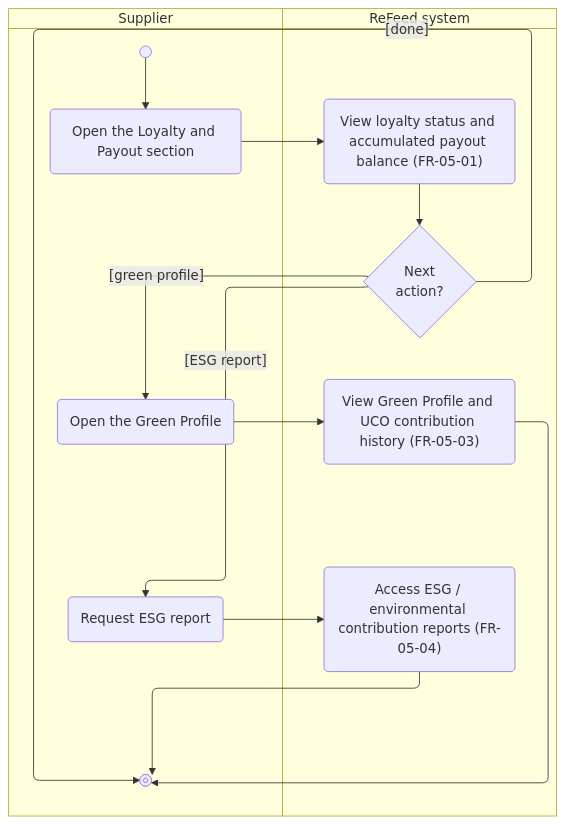
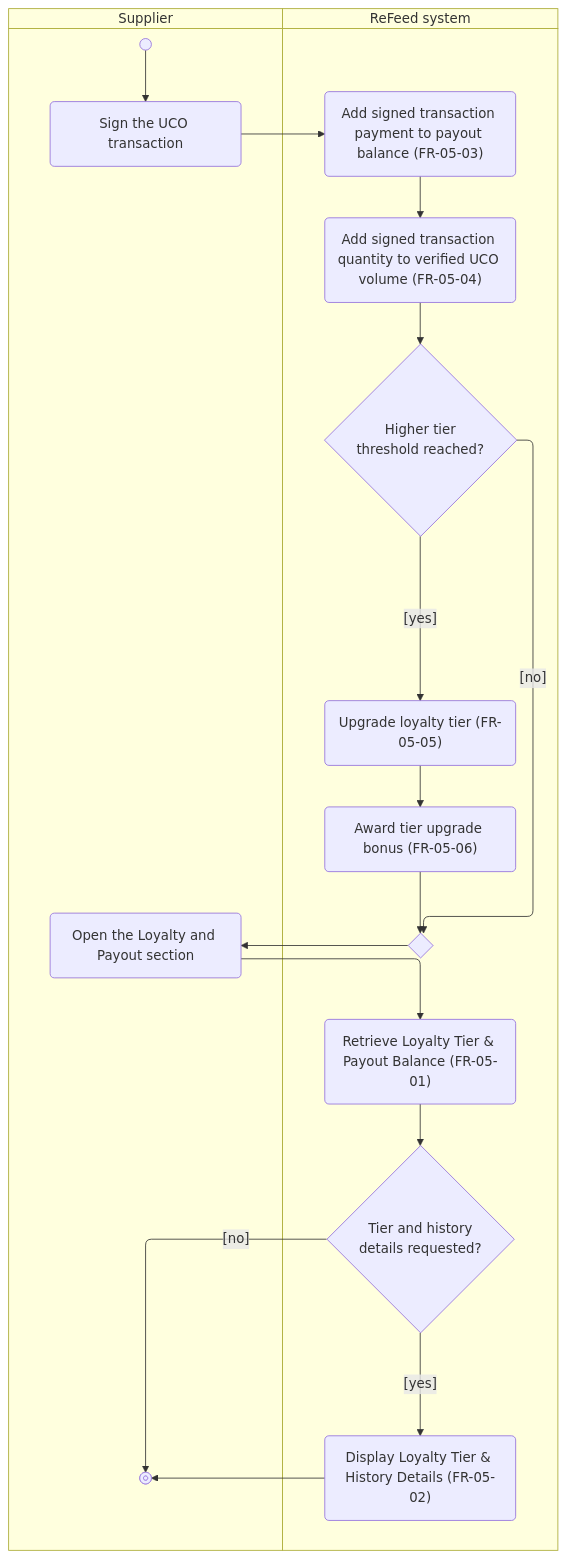
Before and after one commit to thuyvicbh-alt/DBIZ2---GROUP-D: the diagram in docs/activity/AD-UC-12.md, drawn with Mermaid. The commit also changed other lines of this file, not shown here.

Commit message:
Update activity diagram for loyalty status management

````diff
--- a/docs/activity/AD-UC-12.md
+++ b/docs/activity/AD-UC-12.md
@@ -25,20 +25,26 @@
 ```mermaid
 swimlane-beta TB
   subgraph SUP["Supplier"]
     start@{ shape: sm-circ }
-    a1("Open the Loyalty and Payout section")
-    a2("Open the Green Profile")
-    a3("Request ESG report")
+    a1("Sign the UCO transaction")
+    a2("Open the Loyalty and Payout section")
     stop1@{ shape: fr-circ }
   end
   subgraph SYS["ReFeed system"]
-    s1("View loyalty status and accumulated payout balance (FR-05-01)")
-    d1{"Next<br>action?"}
-    s2("View Green Profile and UCO contribution history (FR-05-03)")
-    s3("Access ESG / environmental contribution reports (FR-05-04)")
+    s1("Add signed transaction payment to payout balance (FR-05-03)")
+    s2("Add signed transaction quantity to verified UCO volume (FR-05-04)")
+    d1{"Higher tier<br>threshold reached?"}
+    s3("Upgrade loyalty tier (FR-05-05)")
+    s4("Award tier upgrade bonus (FR-05-06)")
+    m1{" "}
+    s5("Retrieve Loyalty Tier & Payout Balance (FR-05-01)")
+    d2{"Tier and history<br>details requested?"}
+    s6("Display Loyalty Tier & History Details (FR-05-02)")
   end
-  start --> a1 --> s1 --> d1
-  d1 -->|"[done]"| stop1
-  d1 -->|"[green profile]"| a2 --> s2 --> stop1
-  d1 -->|"[ESG report]"| a3 --> s3 --> stop1
+  start --> a1 --> s1 --> s2 --> d1
+  d1 -->|"[yes]"| s3 --> s4 --> m1
+  d1 -->|"[no]"| m1
+  m1 --> a2 --> s5 --> d2
+  d2 -->|"[yes]"| s6 --> stop1
+  d2 -->|"[no]"| stop1
 ```
````
